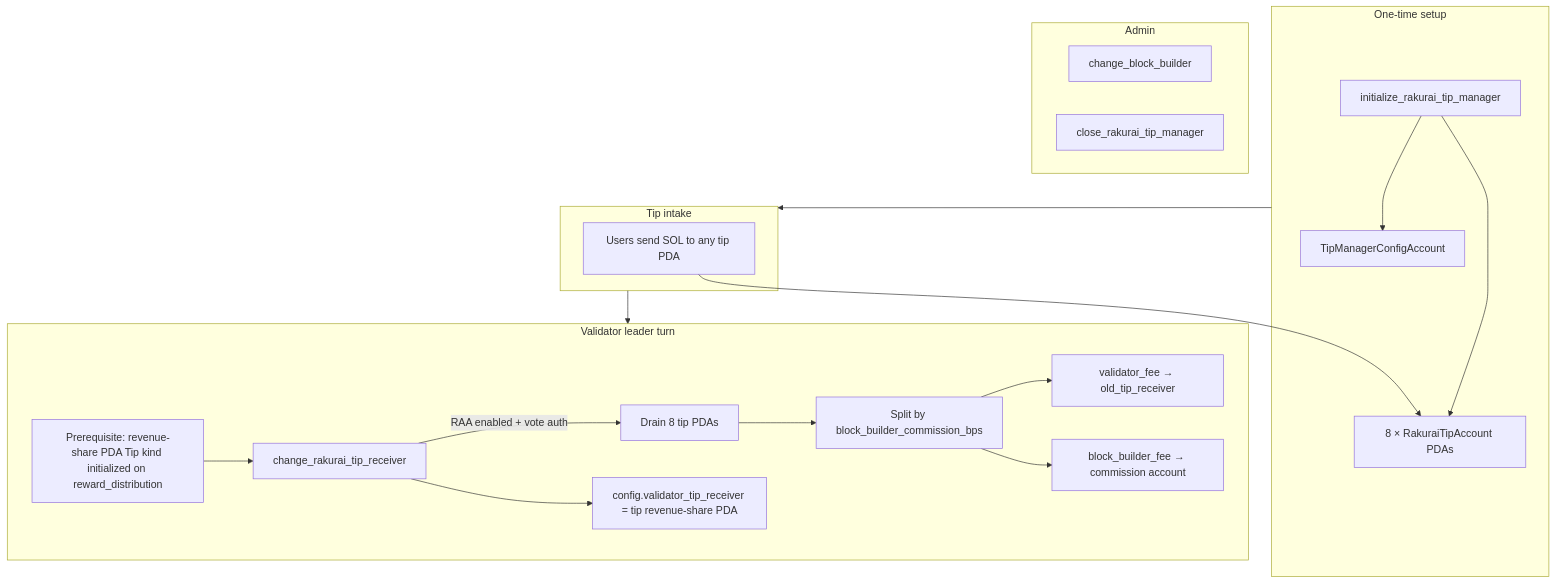
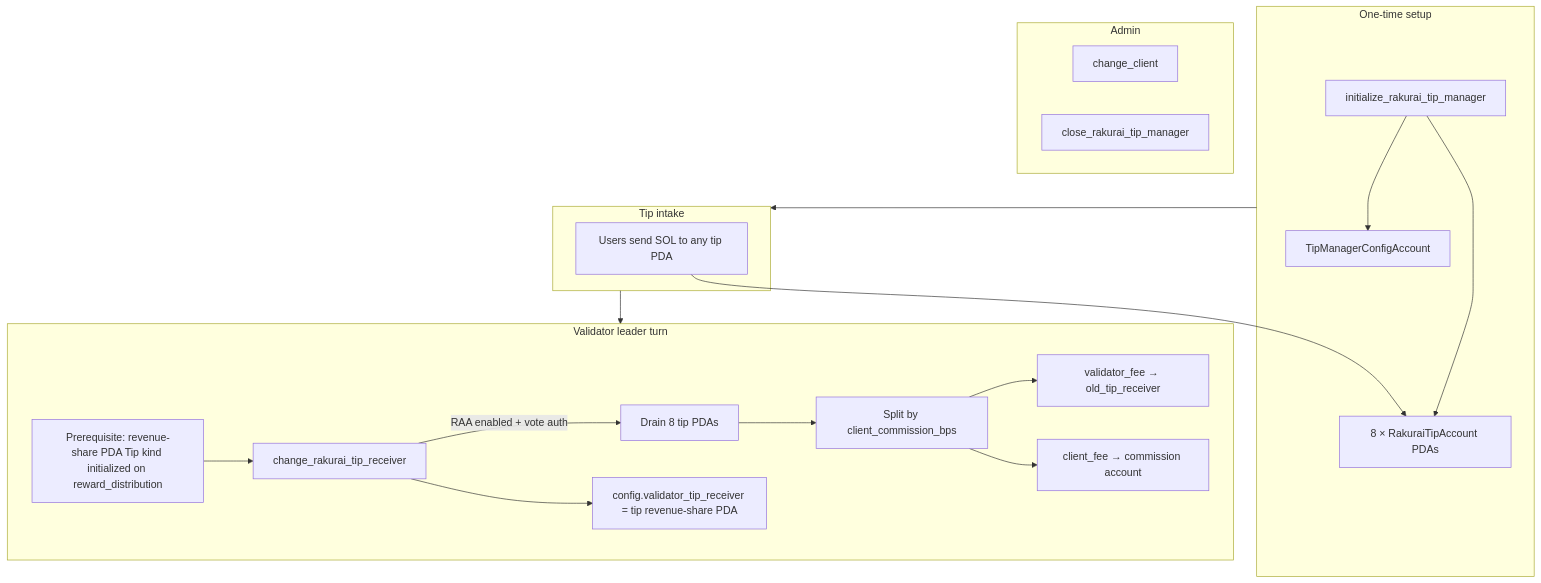
The third of 4 diagrams in diagram/program-flow-diagrams.md (rakurai-io/rakurai_programs), drawn with Mermaid before and after one commit. The commit also changed other lines of this file and 25 other files, not shown here.

````diff
--- a/diagram/program-flow-diagrams.md
+++ b/diagram/program-flow-diagrams.md
@@ -109,32 +109,32 @@
 ```mermaid
 flowchart TD
     subgraph setup [One-time setup]
         T0[initialize_rakurai_tip_manager]
         T0 --> CFG[TipManagerConfigAccount]
         T0 --> TIPS[8 × RakuraiTipAccount PDAs]
     end
 
     subgraph users [Tip intake]
         U1[Users send SOL to any tip PDA]
         U1 --> TIPS
     end
 
     subgraph drain [Validator leader turn]
         PRE[Prerequisite: revenue-share PDA Tip kind initialized on reward_distribution]
         V1[change_rakurai_tip_receiver]
         V1 -->|RAA enabled + vote auth| DRAIN[Drain 8 tip PDAs]
-        DRAIN --> SPLIT[Split by block_builder_commission_bps]
+        DRAIN --> SPLIT[Split by client_commission_bps]
         SPLIT --> OLD[validator_fee → old_tip_receiver]
-        SPLIT --> BB[block_builder_fee → commission account]
+        SPLIT --> BB[client_fee → commission account]
         V1 --> CFG2[config.validator_tip_receiver = tip revenue-share PDA]
     end
 
     subgraph admin [Admin]
-        A1[change_block_builder]
+        A1[change_client]
         A2[close_rakurai_tip_manager]
     end
 
     setup --> users
     users --> drain
     PRE --> V1
 ```
````
